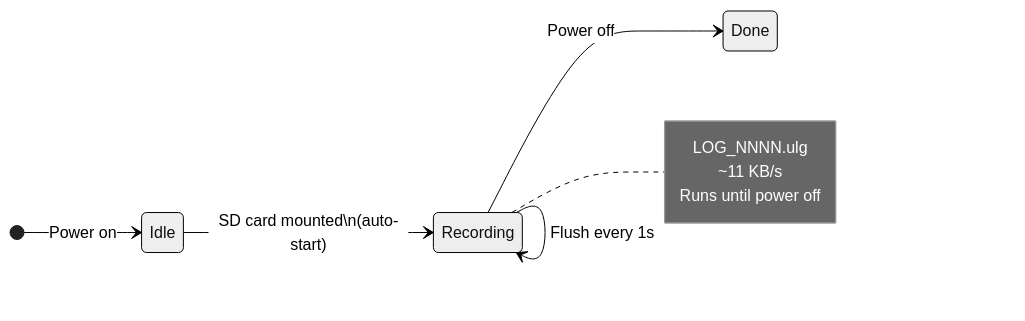
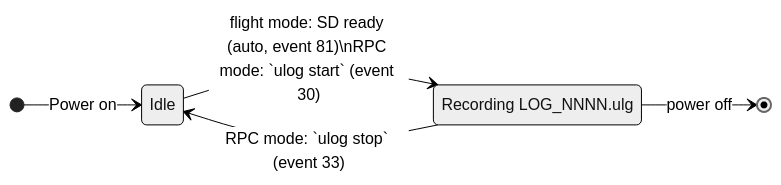
The sixth of 6 diagrams in STATE_DIAGRAMS.md (Ragarnoy/elle-rs), drawn with Mermaid (neutral theme) before and after one commit. The commit also changed other lines of this file, not shown here.

First line of the commit message:
STATE_DIAGRAMS: separate machines for arming, link, mode, autotune, cal, ULog

````diff
--- a/STATE_DIAGRAMS.md
+++ b/STATE_DIAGRAMS.md
@@ -185,19 +132,11 @@
 ```mermaid
 stateDiagram-v2
     direction LR
+    state "Idle" as I
+    state "Recording LOG_NNNN.ulg" as R
 
-    state "Idle" as Idle
-    state "Recording" as Rec
-    state "Done" as Done
-
-    [*] --> Idle: Power on
-    Idle --> Rec: SD card mounted\n(auto-start)
-    Rec --> Done: Power off
-    Rec --> Rec: Flush every 1s
-
-    note right of Rec
-        LOG_NNNN.ulg
-        ~11 KB/s
-        Runs until power off
-    end note
+    [*] --> I: Power on
+    I --> R: flight mode: SD ready (auto, event 81)\nRPC mode: `ulog start` (event 30)
+    R --> I: RPC mode: `ulog stop` (event 33)
+    R --> [*]: power off
 ```
````
